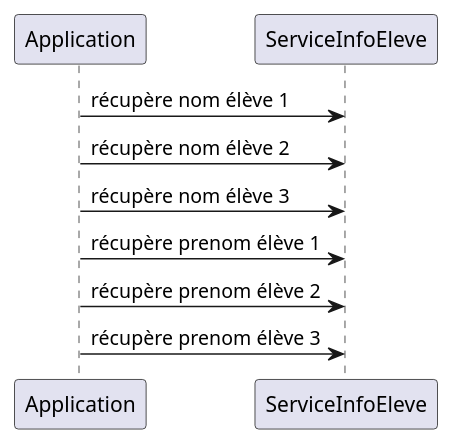
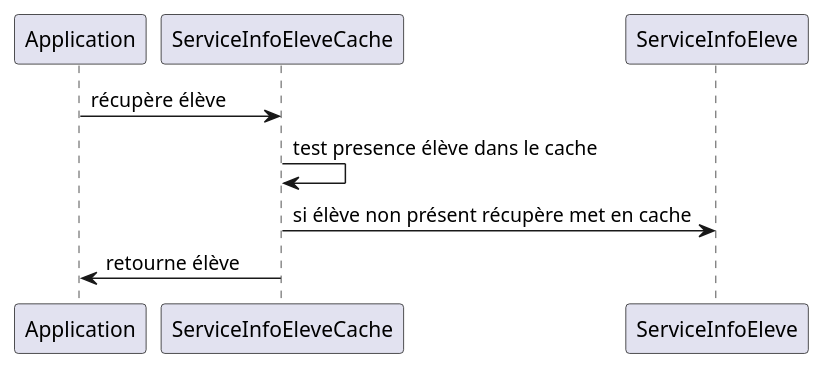
Before and after one commit to jandry/design-pattern: the diagram in src/uml/lazyinitialisationSequence.puml, drawn with PlantUML. The commit also changed 3 other files, not shown here.

```diff
--- a/src/uml/lazyinitialisationSequence.puml
+++ b/src/uml/lazyinitialisationSequence.puml
@@ -1,8 +1,7 @@
 @startuml
-Application -> ServiceInfoEleve: récupère nom élève 1
-Application -> ServiceInfoEleve: récupère nom élève 2
-Application -> ServiceInfoEleve: récupère nom élève 3
-Application -> ServiceInfoEleve: récupère prenom élève 1
-Application -> ServiceInfoEleve: récupère prenom élève 2
-Application -> ServiceInfoEleve: récupère prenom élève 3
+Application -> ServiceInfoEleveCache: récupère élève
+ServiceInfoEleveCache -> ServiceInfoEleveCache: test presence élève dans le cache
+ServiceInfoEleveCache -> ServiceInfoEleve: si élève non présent récupère met en cache
+ServiceInfoEleveCache -> Application: retourne élève
+
 @enduml
```
